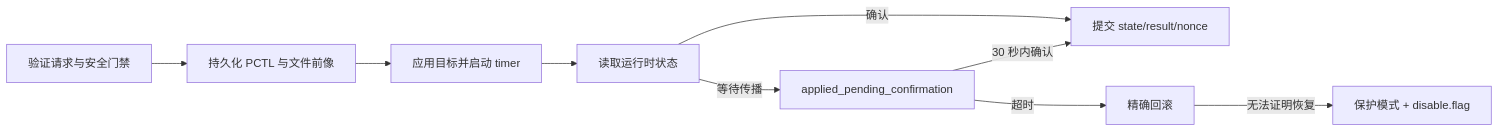
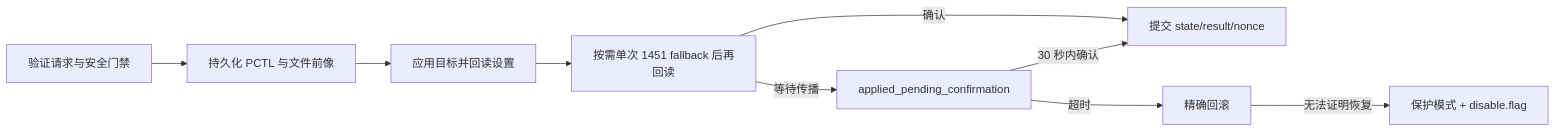
One commit to selfuppen/NX-PlayWise changed the diagram in docs/PCTL集成架构.md. Above: the diagram before and after it, drawn with Mermaid. The commit also changed other lines of this file and 21 other files, not shown here.

````diff
--- a/docs/PCTL集成架构.md
+++ b/docs/PCTL集成架构.md
@@ -50,11 +50,11 @@
 ```mermaid
 flowchart LR
     A["验证请求与安全门禁"] --> B["持久化 PCTL 与文件前像"]
-    B --> C["应用目标并启动 timer"]
-    C --> D["读取运行时状态"]
+    B --> C["应用目标并回读设置"]
+    C --> D["按需单次 1451 fallback 后再回读"]
     D -->|"确认"| E["提交 state/result/nonce"]
     D -->|"等待传播"| F["applied_pending_confirmation"]
     F -->|"30 秒内确认"| E
     F -->|"超时"| G["精确回滚"]
     G -->|"无法证明恢复"| H["保护模式 + disable.flag"]
 ```
````
